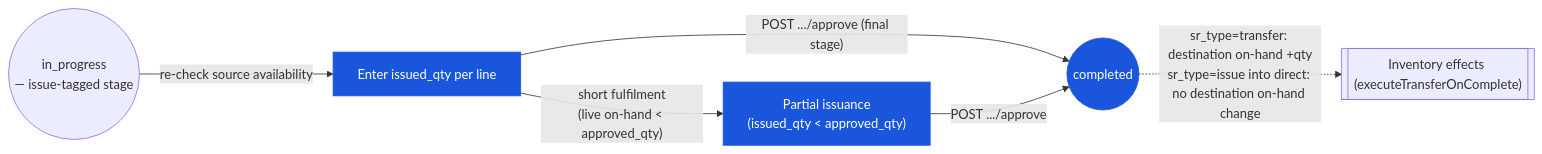
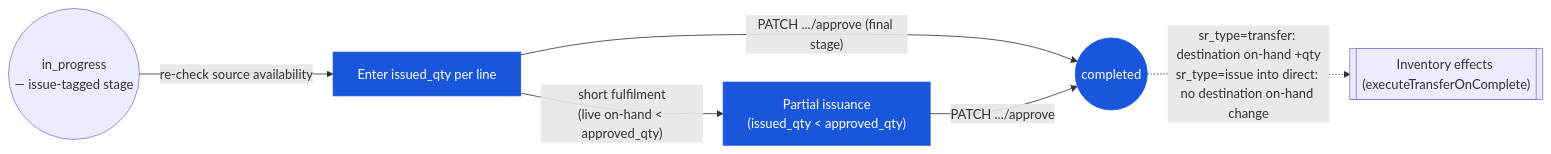
One commit to CarmenSoftware-organization/carmen-wiki changed the diagram in en/inventory/store-requisition/03-user-flow-fulfiller.md. Above: the diagram before and after it, drawn with Mermaid. The commit also changed other lines of this file and 27 other files, not shown here.

````diff
--- a/en/inventory/store-requisition/03-user-flow-fulfiller.md
+++ b/en/inventory/store-requisition/03-user-flow-fulfiller.md
@@ -24,9 +25,9 @@
 ```mermaid
 graph LR
     approved(("in_progress\n— issue-tagged stage")) -->|"re-check source availability"| pick["Enter issued_qty per line"]:::current
-    pick -->|"POST .../approve (final stage)"| completed(("completed")):::current
+    pick -->|"PATCH .../approve (final stage)"| completed(("completed")):::current
     pick -->|"short fulfilment\n(live on-hand < approved_qty)"| partial["Partial issuance\n(issued_qty < approved_qty)"]:::current
-    partial -->|"POST .../approve"| completed
+    partial -->|"PATCH .../approve"| completed
     completed -.->|"sr_type=transfer: destination on-hand +qty\nsr_type=issue into direct: no destination on-hand change"| effects[["Inventory effects (executeTransferOnComplete)"]]
     classDef current fill:#1a56db,color:#fff,stroke:#1a56db;
 ```
````
